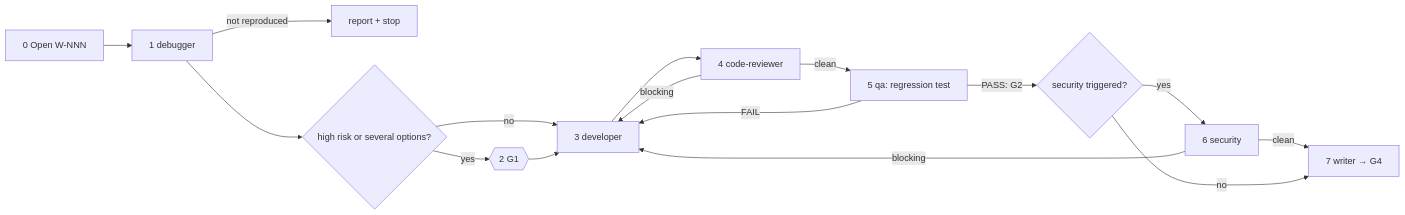
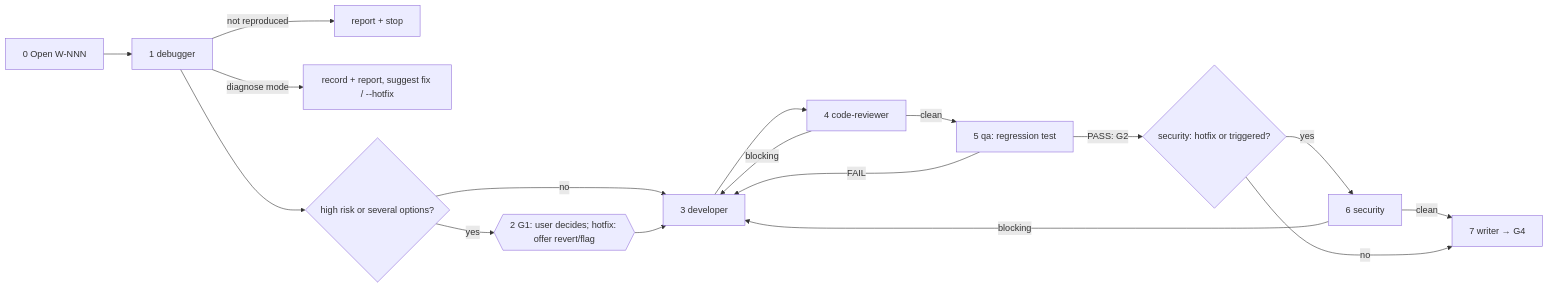
One commit to Tuan-Quyen/technical-teams changed the diagram in commands/fix.md. Above: the diagram before and after it, drawn with Mermaid. The commit also changed other lines of this file and 23 other files, not shown here.

````diff
--- a/commands/fix.md
+++ b/commands/fix.md
@@ -41,17 +45,18 @@
 ```mermaid
 flowchart LR
   S0[0 Open W-NNN] --> DB[1 debugger]
   DB -- not reproduced --> R[report + stop]
+  DB -- diagnose mode --> RD[record + report, suggest fix / --hotfix]
   DB --> RISK{high risk or several options?}
-  RISK -- yes --> G1{{2 G1}}
+  RISK -- yes --> G1{{2 G1: user decides; hotfix: offer revert/flag}}
   RISK -- no --> D
   G1 --> D[3 developer]
   D --> CR[4 code-reviewer]
   CR -- blocking --> D
   CR -- clean --> Q[5 qa: regression test]
   Q -- FAIL --> D
-  Q -- PASS: G2 --> T{security triggered?}
+  Q -- PASS: G2 --> T{security: hotfix or triggered?}
   T -- yes --> SEC[6 security] -- blocking --> D
   SEC -- clean --> W
   T -- no --> W[7 writer → G4]
 ```
````
